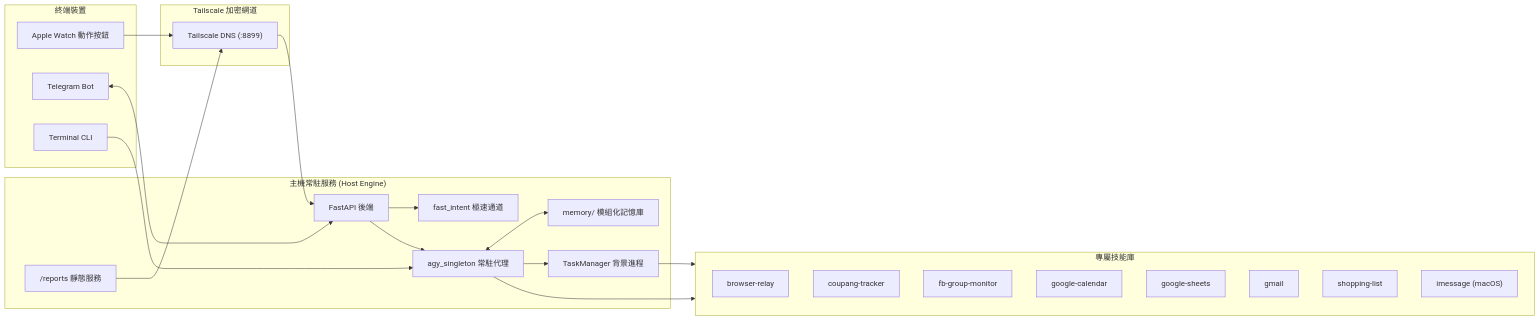
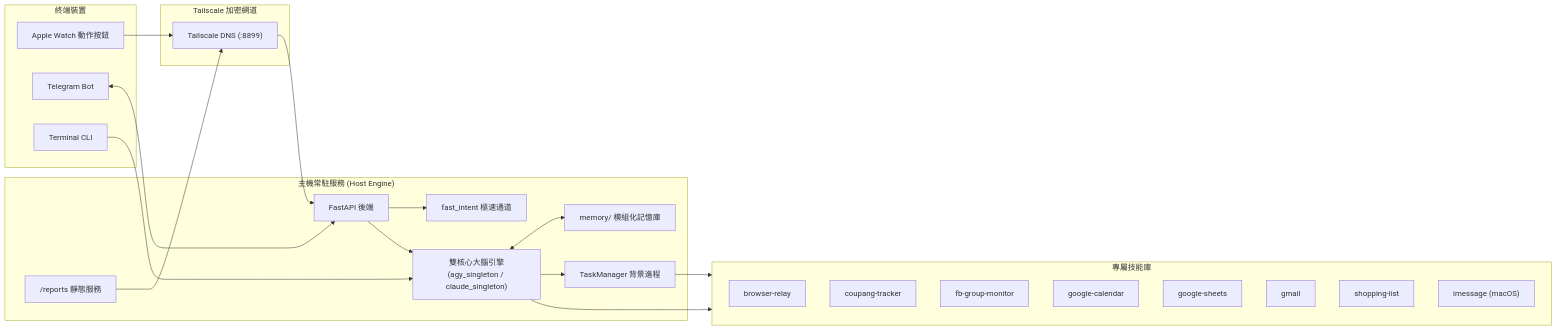
Before and after one commit to ricky155030/personal-assistant: the diagram in README.md, drawn with Mermaid. The commit also changed other lines of this file, not shown here.

Commit message:
docs(readme): document dual-brain engine (AGY / Claude), multi-instance support, and generalized skills

````diff
--- a/README.md
+++ b/README.md
@@ -31,43 +32,43 @@
 ```mermaid
 flowchart LR
     subgraph Clients ["終端裝置"]
         AW["Apple Watch 動作按鈕"]
         TG["Telegram Bot"]
         CLI["Terminal CLI"]
     end
 
     subgraph Network ["Tailscale 加密網道"]
         TS["Tailscale DNS (:8899)"]
     end
 
     subgraph Core ["主機常駐服務 (Host Engine)"]
         API["FastAPI 後端"]
         Fast["fast_intent 極速通道"]
-        Agy["agy_singleton 常駐代理"]
+        BrainPool["雙核心大腦引擎\n(agy_singleton / claude_singleton)"]
         Mem["memory/ 模組化記憶庫"]
         TM["TaskManager 背景進程"]
         Reports["/reports 靜態服務"]
     end
 
     subgraph Skills ["專屬技能庫"]
         BR["browser-relay"]
         CP["coupang-tracker"]
         FB["fb-group-monitor"]
         GCal["google-calendar"]
         GSheet["google-sheets"]
         GMail["gmail"]
         Shop["shopping-list"]
         iMsg["imessage (macOS)"]
     end
 
     AW --> TS --> API
     TG <--> API
-    CLI --> Agy
+    CLI --> BrainPool
     API --> Fast
-    API --> Agy
-    Agy <--> Mem
-    Agy --> TM
-    Agy --> Skills
+    API --> BrainPool
+    BrainPool <--> Mem
+    BrainPool --> TM
+    BrainPool --> Skills
     TM --> Skills
     Reports --> TS
 ```
````
